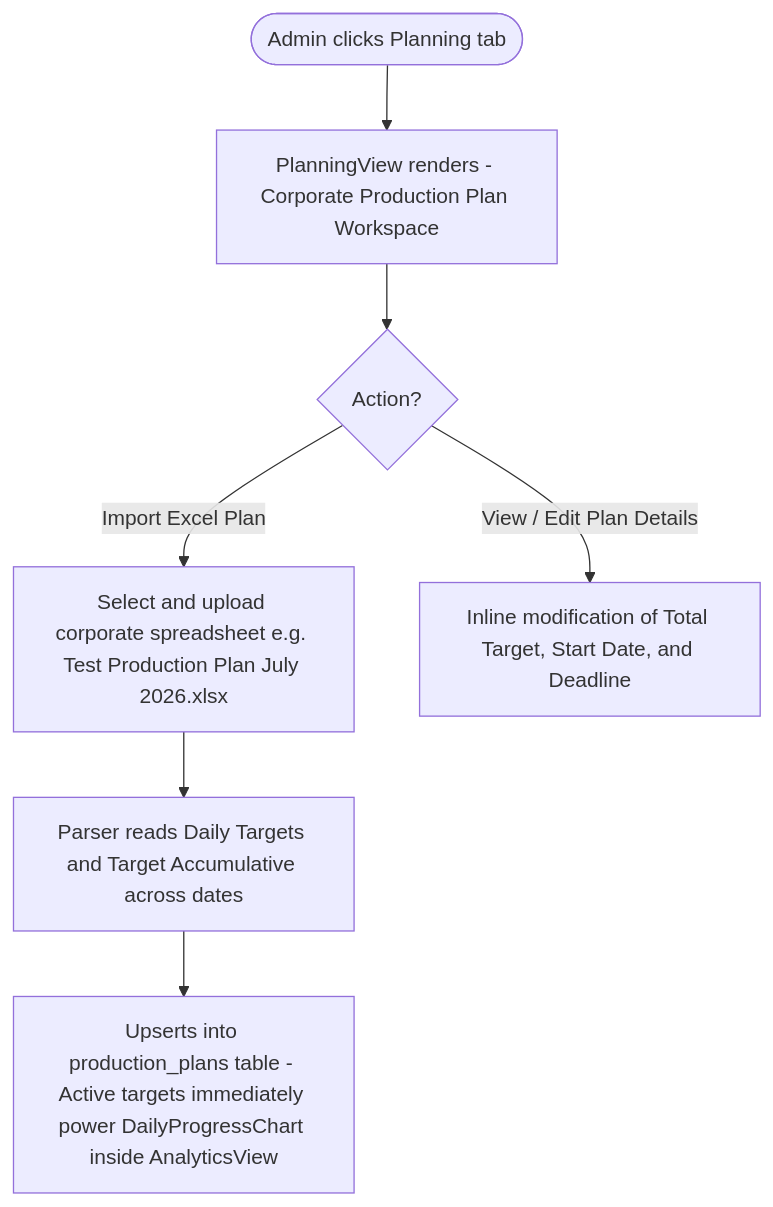
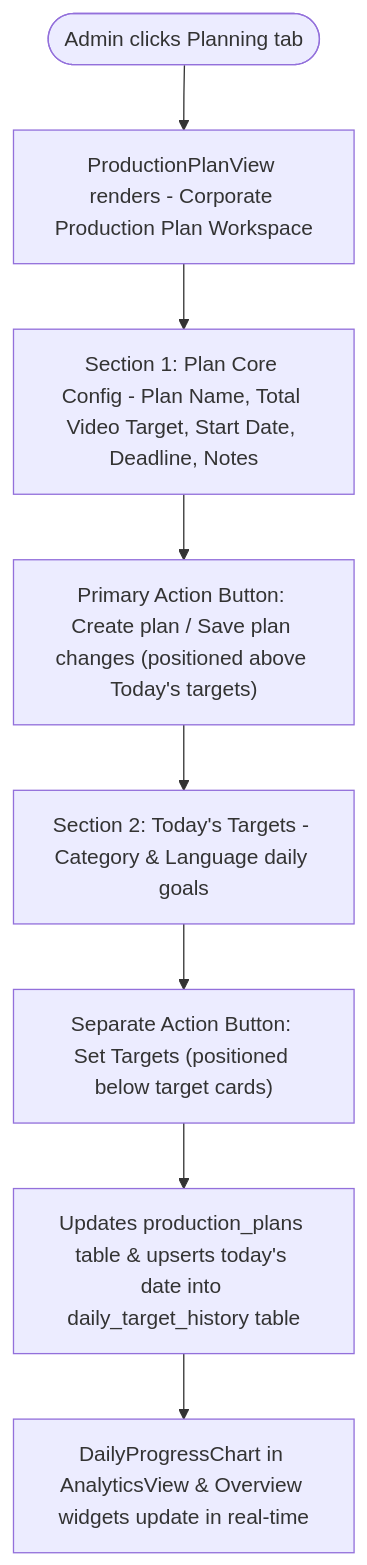
Before and after one commit to Lyduke56/BuckedUp-Dashboard-Lifewood: the seventh of 7 diagrams in role_workflows.md, drawn with Mermaid. The commit also changed other lines of this file and 1 other file, not shown here.

````diff
--- a/role_workflows.md
+++ b/role_workflows.md
@@ -437,9 +216,10 @@
 ```mermaid
 flowchart TD
-    A([Admin clicks Planning tab]) --> B["PlanningView renders - Corporate Production Plan Workspace"]
-    B --> C{Action?}
-    C -- "Import Excel Plan" --> D["Select and upload corporate spreadsheet e.g. Test Production Plan July 2026.xlsx"]
-    D --> E["Parser reads Daily Targets and Target Accumulative across dates"]
-    E --> F["Upserts into production_plans table - Active targets immediately power DailyProgressChart inside AnalyticsView"]
-    C -- "View / Edit Plan Details" --> G["Inline modification of Total Target, Start Date, and Deadline"]
+    A([Admin clicks Planning tab]) --> B["ProductionPlanView renders - Corporate Production Plan Workspace"]
+    B --> C["Section 1: Plan Core Config - Plan Name, Total Video Target, Start Date, Deadline, Notes"]
+    C --> D["Primary Action Button: Create plan / Save plan changes (positioned above Today's targets)"]
+    D --> E["Section 2: Today's Targets - Category & Language daily goals"]
+    E --> F["Separate Action Button: Set Targets (positioned below target cards)"]
+    F --> G["Updates production_plans table & upserts today's date into daily_target_history table"]
+    G --> H["DailyProgressChart in AnalyticsView & Overview widgets update in real-time"]
 ```
````
